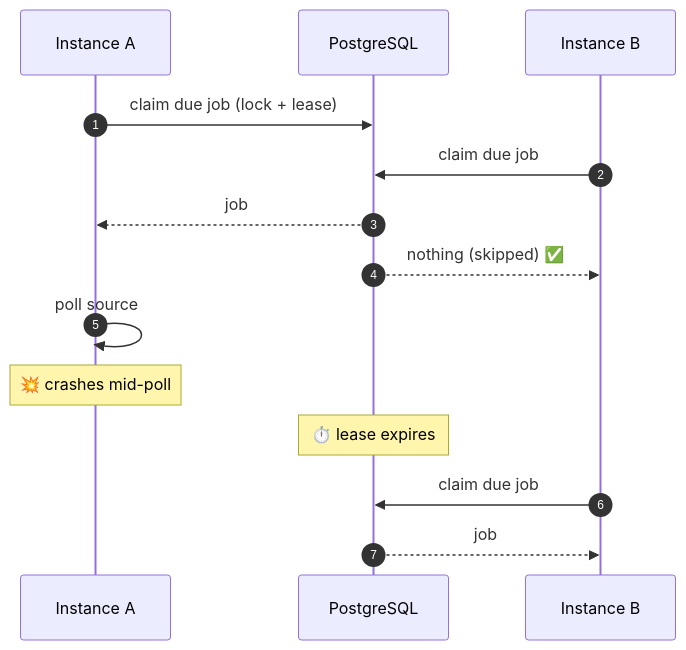
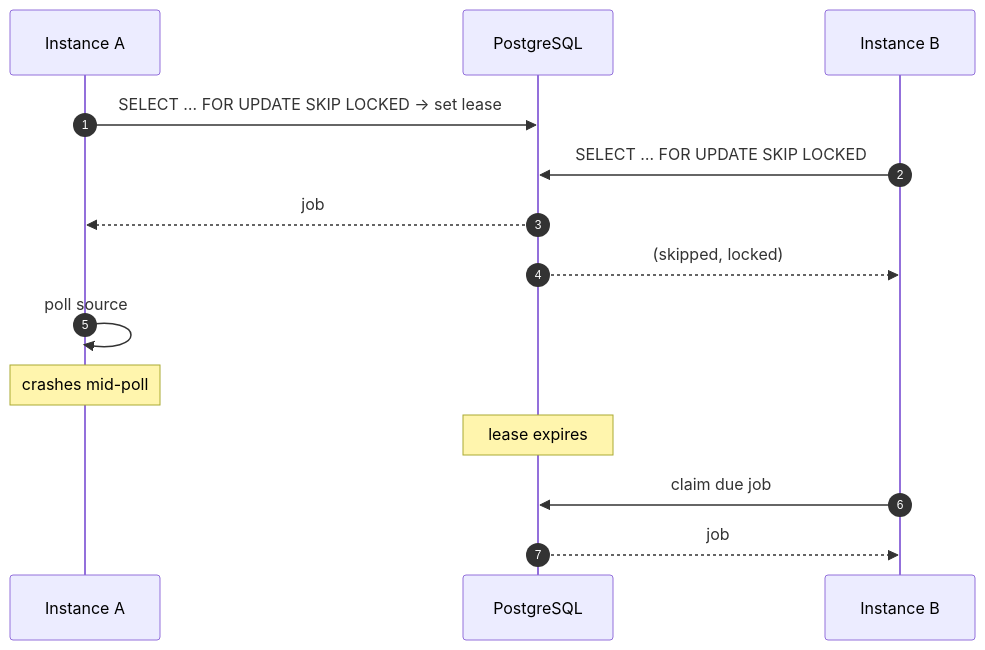
Before and after one commit to MC-161/priceWatch: the second of 6 diagrams in README.md, drawn with Mermaid. The commit also changed other lines of this file and 3 other files, not shown here.

````diff
--- a/README.md
+++ b/README.md
@@ -215,16 +224,16 @@
 ```mermaid
 sequenceDiagram
     autonumber
     participant A as Instance A
     participant DB as PostgreSQL
     participant B as Instance B
-    A->>DB: claim due job (lock + lease)
+    A->>DB: SELECT … FOR UPDATE SKIP LOCKED → set lease
+    B->>DB: SELECT … FOR UPDATE SKIP LOCKED
+    DB-->>A: job #42
+    DB-->>B: (skipped, locked)
+    A->>A: poll source
+    Note over A: crashes mid-poll
+    Note over DB: lease expires
     B->>DB: claim due job
-    DB-->>A: job #42 ✅
-    DB-->>B: nothing (skipped) ✅
-    A->>A: poll source
-    Note over A: 💥 crashes mid-poll
-    Note over DB: ⏱️ lease expires
-    B->>DB: claim due job
-    DB-->>B: job #42 (retried) ✅
+    DB-->>B: job #42 (retried)
 ```
````
